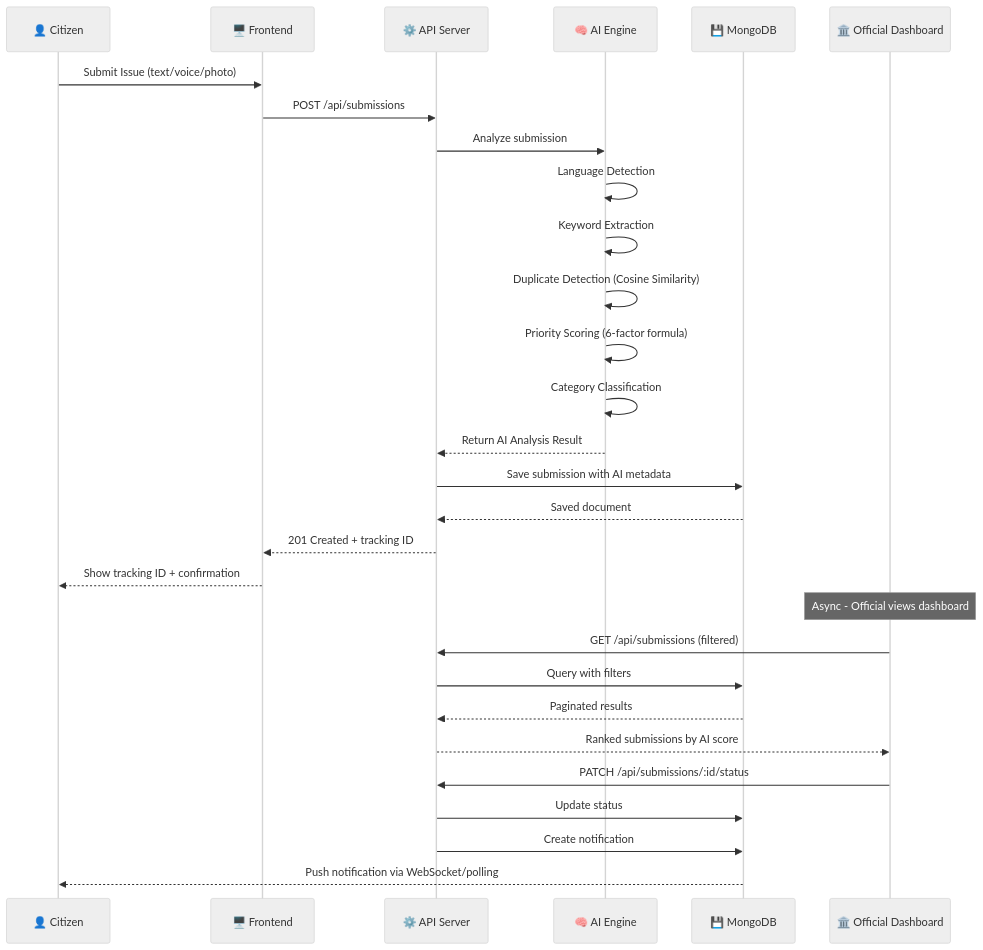
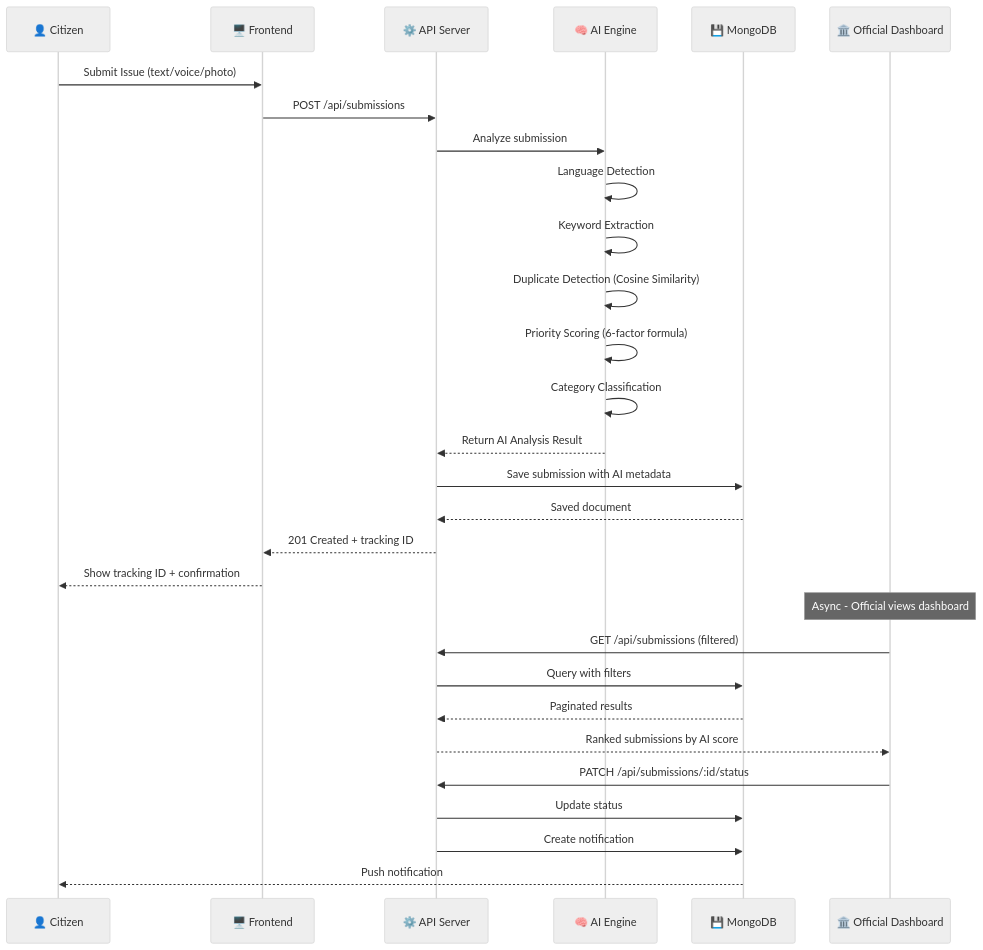
The second of 4 diagrams in README.md (suryanshsingh07/JanVikas-Ai), drawn with Mermaid (neutral theme) before and after one commit. The commit also changed other lines of this file and 68 other files, not shown here.

````diff
--- a/README.md
+++ b/README.md
@@ -125,36 +118,36 @@
 ```mermaid
 sequenceDiagram
     participant C as 👤 Citizen
     participant FE as 🖥️ Frontend
     participant API as ⚙️ API Server
     participant AI as 🧠 AI Engine
     participant DB as 💾 MongoDB
     participant OFFICIAL as 🏛️ Official Dashboard
 
     C->>FE: Submit Issue (text/voice/photo)
     FE->>API: POST /api/submissions
     API->>AI: Analyze submission
     
     AI->>AI: Language Detection
     AI->>AI: Keyword Extraction
     AI->>AI: Duplicate Detection (Cosine Similarity)
     AI->>AI: Priority Scoring (6-factor formula)
     AI->>AI: Category Classification
     
     AI-->>API: Return AI Analysis Result
     API->>DB: Save submission with AI metadata
     DB-->>API: Saved document
     API-->>FE: 201 Created + tracking ID
     FE-->>C: Show tracking ID + confirmation
     
     Note over OFFICIAL: Async - Official views dashboard
     OFFICIAL->>API: GET /api/submissions (filtered)
     API->>DB: Query with filters
     DB-->>API: Paginated results
     API-->>OFFICIAL: Ranked submissions by AI score
     
     OFFICIAL->>API: PATCH /api/submissions/:id/status
     API->>DB: Update status
     API->>DB: Create notification
-    DB-->>C: Push notification via WebSocket/polling
+    DB-->>C: Push notification
 ```
````
